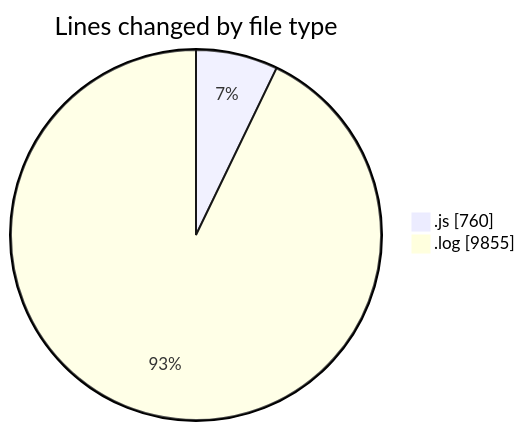
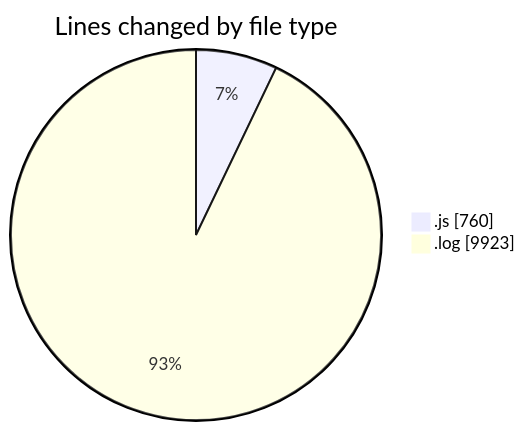
One commit to BS-eng2023/code-tracking changed the first of 2 diagrams in 2025-04-04/jsvms/README.md. Above: the diagram before and after it, drawn with Mermaid. The commit also changed other lines of this file and 1 other file, not shown here.

````diff
--- a/2025-04-04/jsvms/README.md
+++ b/2025-04-04/jsvms/README.md
@@ -28,6 +28,6 @@
 ```mermaid
 pie showData
 title Lines changed by file type
 ".js" : 760
-".log" : 9855
+".log" : 9923
 ```
````
